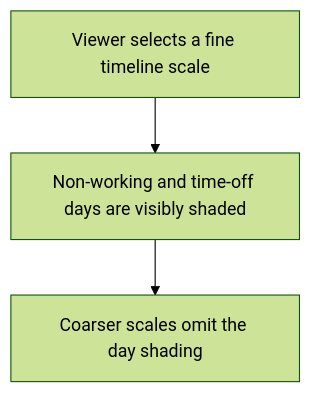
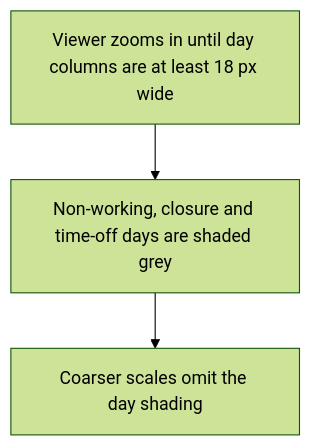
The first of 2 diagrams in user-stories/scheduler/US-SCH-10-unavailable-days.md (Kevinjohn/capacitylens), drawn with Mermaid (forest theme) before and after one commit. The commit also changed other lines of this file and 119 other files, not shown here.

First line of the commit message:
docs: correct story text and flow diagrams against current source

````diff
--- a/user-stories/scheduler/US-SCH-10-unavailable-days.md
+++ b/user-stories/scheduler/US-SCH-10-unavailable-days.md
@@ -21,8 +22,8 @@
 ```mermaid
 flowchart TD
-  A["Viewer selects a fine timeline scale"]
-  B["Non-working and time-off days are visibly shaded"]
+  A["Viewer zooms in until day columns are at least 18 px wide"]
+  B["Non-working, closure and time-off days are shaded grey"]
   C["Coarser scales omit the day shading"]
   A --> B
   B --> C
 ```
````
